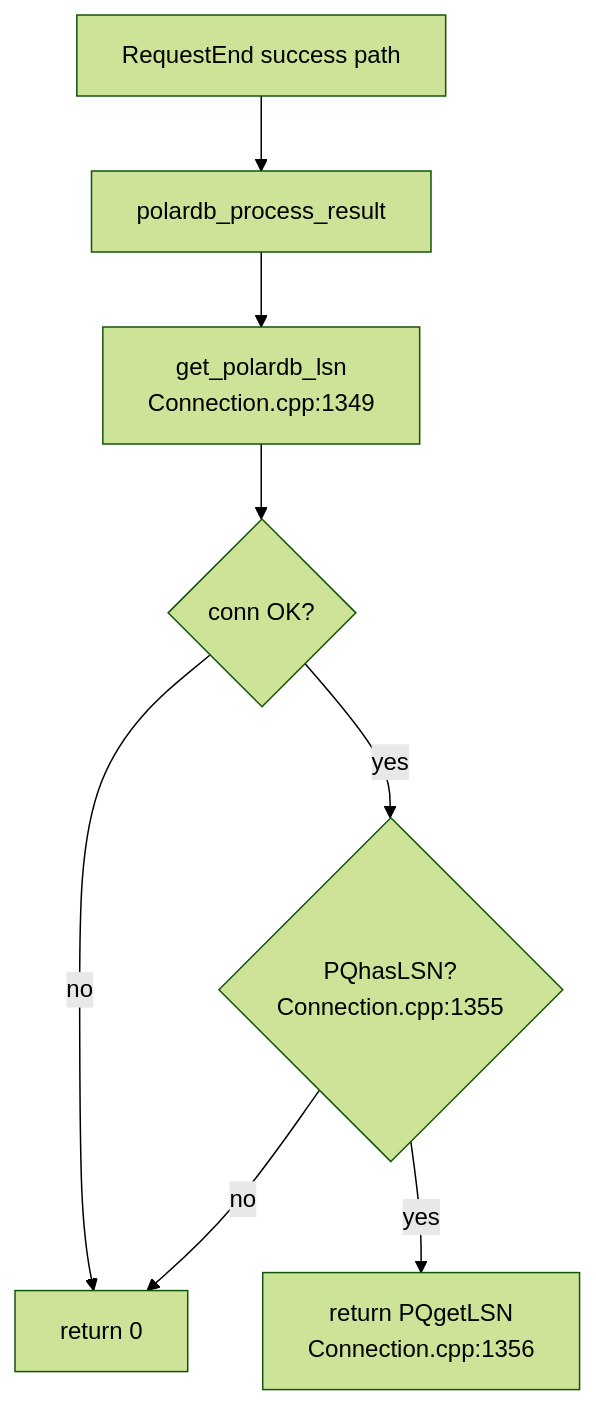
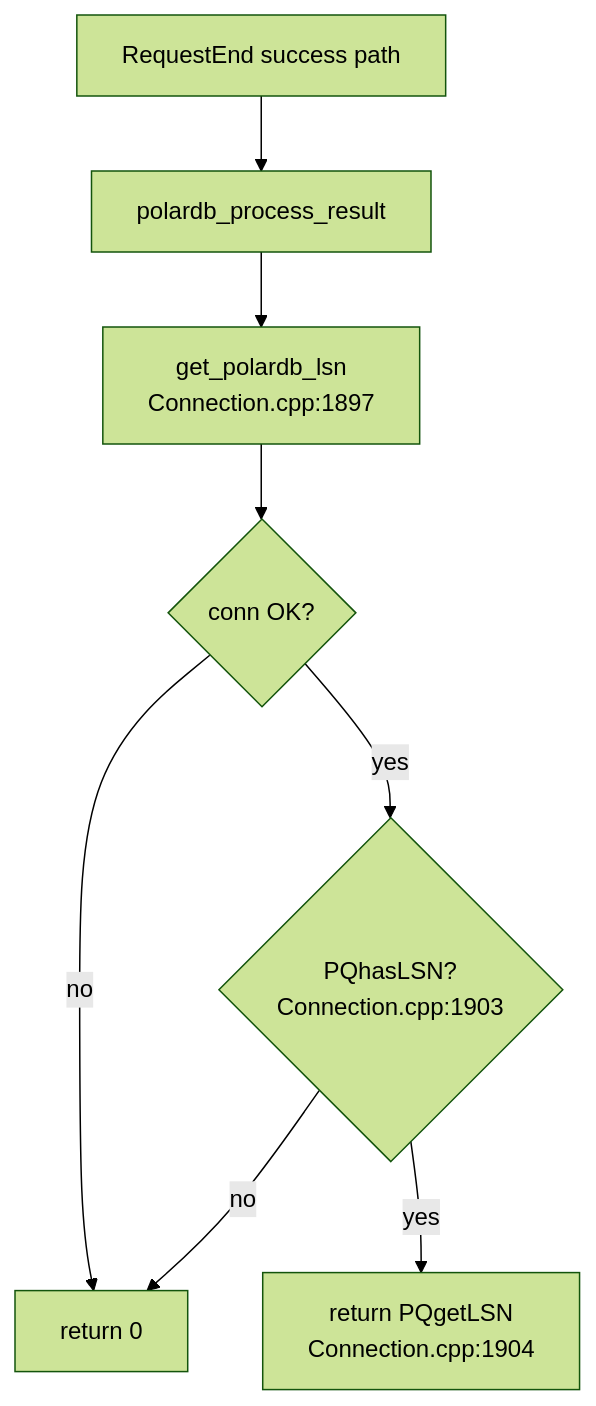
The fourth of 4 diagrams in doc/polardb-arch/11-CONNECTION-AND-LIBPQ.md (awide-labs/polar-proxy), drawn with Mermaid (forest theme) before and after one commit. The commit also changed other lines of this file and 21 other files, not shown here.

````diff
--- a/doc/polardb-arch/11-CONNECTION-AND-LIBPQ.md
+++ b/doc/polardb-arch/11-CONNECTION-AND-LIBPQ.md
@@ -542,10 +547,10 @@
 ```mermaid
 flowchart TD
   A[RequestEnd success path] --> B[polardb_process_result<br/>]
-  B --> C[get_polardb_lsn<br/>Connection.cpp:1349]
+  B --> C[get_polardb_lsn<br/>Connection.cpp:1897]
   C --> D{conn OK?}
   D -- no --> Z[return 0]
-  D -- yes --> E{PQhasLSN?<br/>Connection.cpp:1355}
-  E -- yes --> F[return PQgetLSN<br/>Connection.cpp:1356]
+  D -- yes --> E{PQhasLSN?<br/>Connection.cpp:1903}
+  E -- yes --> F[return PQgetLSN<br/>Connection.cpp:1904]
   E -- no --> Z
 ```
````
